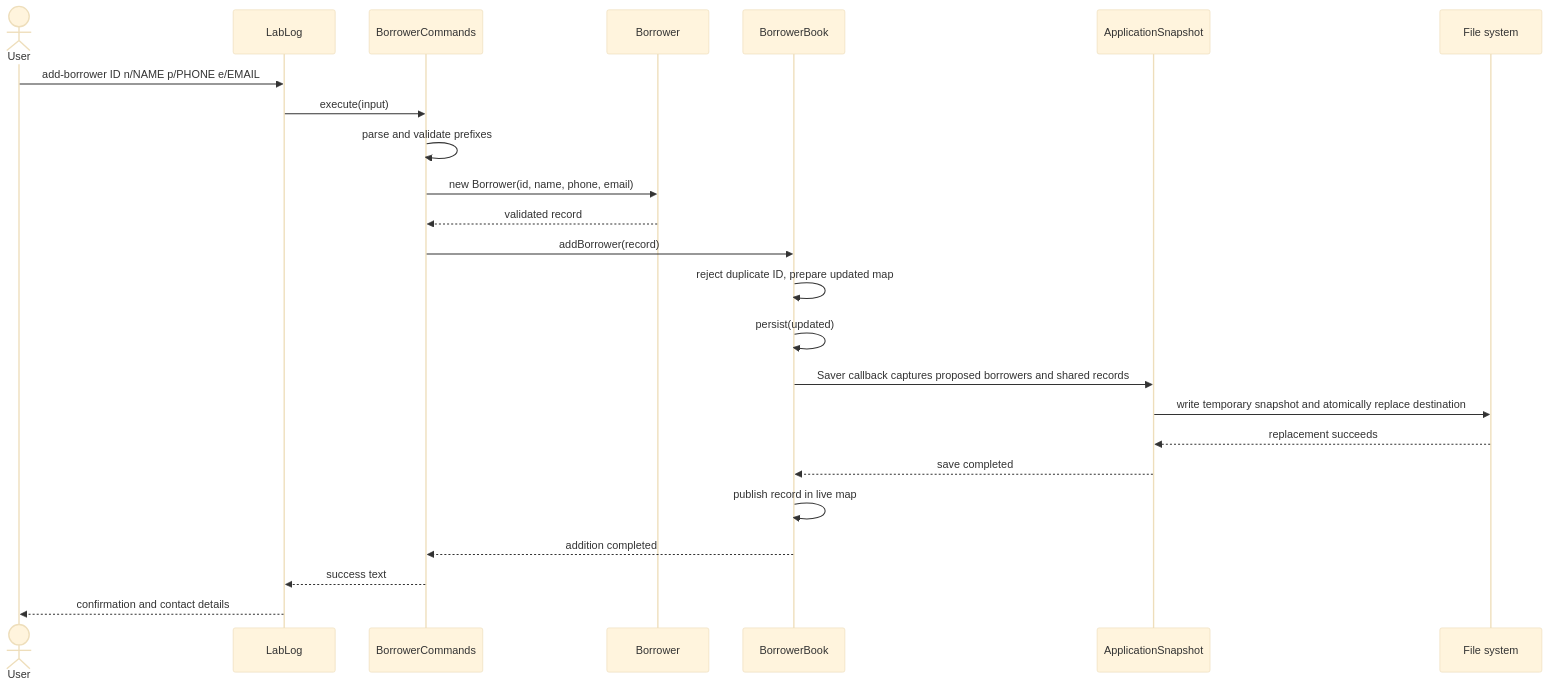
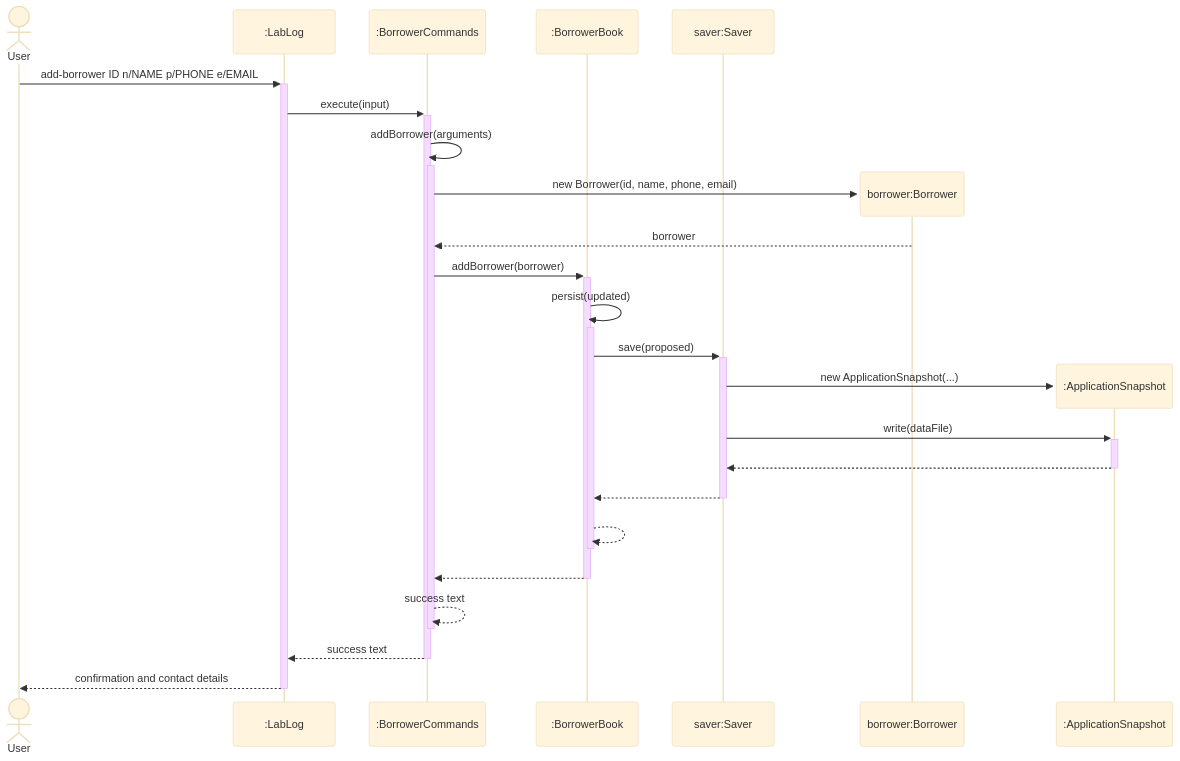
The third of 12 diagrams in docs/DeveloperGuide.md (AY2627S1-CS2113-W13-3/tp), drawn with Mermaid (base theme) before and after one commit. The commit also changed other lines of this file and 6 other files, not shown here.

First line of the commit message:
docs: Fix UML diagrams and add DG overview

````diff
--- a/docs/DeveloperGuide.md
+++ b/docs/DeveloperGuide.md
@@ -139,26 +264,27 @@
 ```mermaid
 sequenceDiagram
     actor User
-    participant CLI as LabLog
-    participant Commands as BorrowerCommands
-    participant Record as Borrower
-    participant Book as BorrowerBook
-    participant Snapshot as ApplicationSnapshot
-    participant Disk as File system
-    User->>CLI: add-borrower ID n/NAME p/PHONE e/EMAIL
-    CLI->>Commands: execute(input)
-    Commands->>Commands: parse and validate prefixes
+    participant CLI as :LabLog
+    participant Commands as :BorrowerCommands
+    participant Book as :BorrowerBook
+    participant Saver as saver:Saver
+    User->>+CLI: add-borrower ID n/NAME p/PHONE e/EMAIL
+    CLI->>+Commands: execute(input)
+    Commands->>+Commands: addBorrower(arguments)
+    create participant Record as borrower:Borrower
     Commands->>Record: new Borrower(id, name, phone, email)
-    Record-->>Commands: validated record
-    Commands->>Book: addBorrower(record)
-    Book->>Book: reject duplicate ID, prepare updated map
-    Book->>Book: persist(updated)
-    Book->>Snapshot: Saver callback captures proposed borrowers and shared records
-    Snapshot->>Disk: write temporary snapshot and atomically replace destination
-    Disk-->>Snapshot: replacement succeeds
-    Snapshot-->>Book: save completed
-    Book->>Book: publish record in live map
-    Book-->>Commands: addition completed
-    Commands-->>CLI: success text
-    CLI-->>User: confirmation and contact details
+    Record-->>Commands: borrower
+    Commands->>+Book: addBorrower(borrower)
+    Book->>+Book: persist(updated)
+    Book->>+Saver: save(proposed)
+    create participant Snapshot as :ApplicationSnapshot
+    Saver->>Snapshot: new ApplicationSnapshot(...)
+    Saver->>+Snapshot: write(dataFile)
+    Snapshot-->>-Saver: #nbsp;
+    Saver-->>-Book: #nbsp;
+    Book-->>-Book: #nbsp;
+    Book-->>-Commands: #nbsp;
+    Commands-->>-Commands: success text
+    Commands-->>-CLI: success text
+    CLI-->>-User: confirmation and contact details
 ```
````
